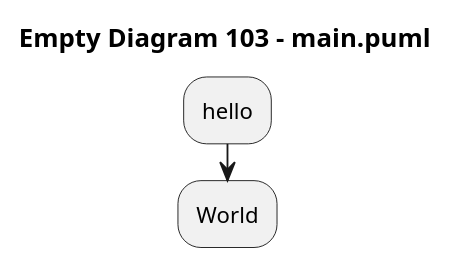
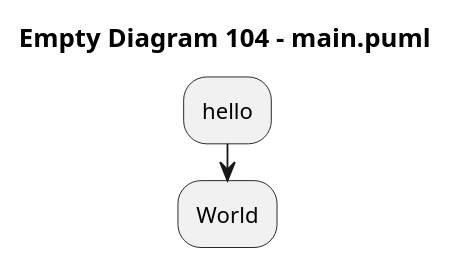
The diagram in main.puml (arwenvaughan/test1), drawn with PlantUML before and after one commit.

Commit message:
PlantText Commit: Test in prod.

```diff
--- a/main.puml
+++ b/main.puml
@@ -1,7 +1,7 @@
 @startuml
 
-title Empty Diagram 103 - main.puml
+title Empty Diagram 104 - main.puml
 :hello;
 :World;
 
 @enduml
```
